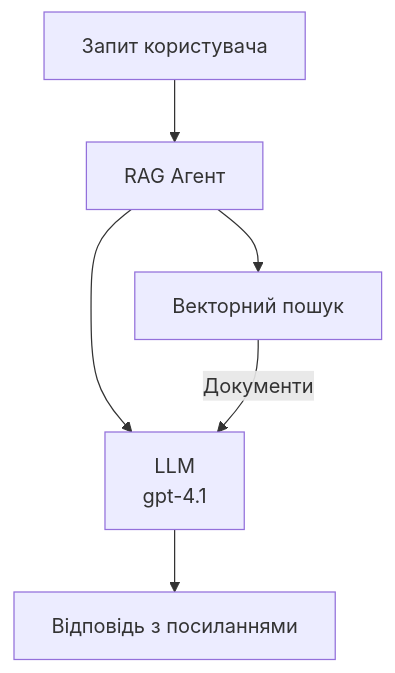
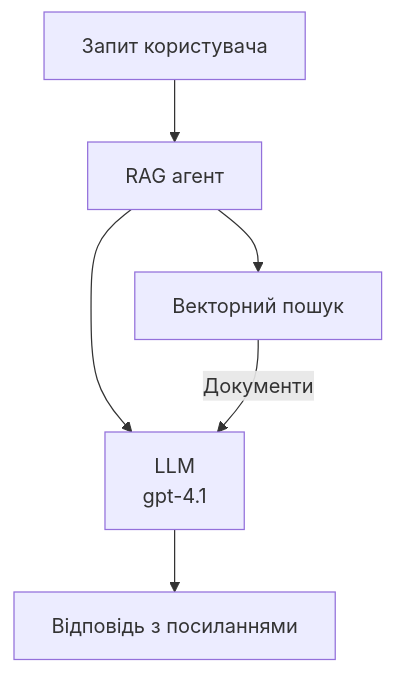
The second of 3 diagrams in translations/uk/docs/chapter-02-ai-development/agents.md (microsoft/AZD-for-beginners), drawn with Mermaid before and after one commit. The commit also changed other lines of this file and 101 other files, not shown here.

````diff
--- a/translations/uk/docs/chapter-02-ai-development/agents.md
+++ b/translations/uk/docs/chapter-02-ai-development/agents.md
@@ -170,8 +175,8 @@
 ```mermaid
 graph TD
-    Query[Запит користувача] --> RAG[RAG Агент]
+    Query[Запит користувача] --> RAG[RAG агент]
     RAG --> Vector[Векторний пошук]
     RAG --> LLM[LLM<br/>gpt-4.1]
     Vector -- Документи --> LLM
     LLM --> Response[Відповідь з посиланнями]
 ```
````
